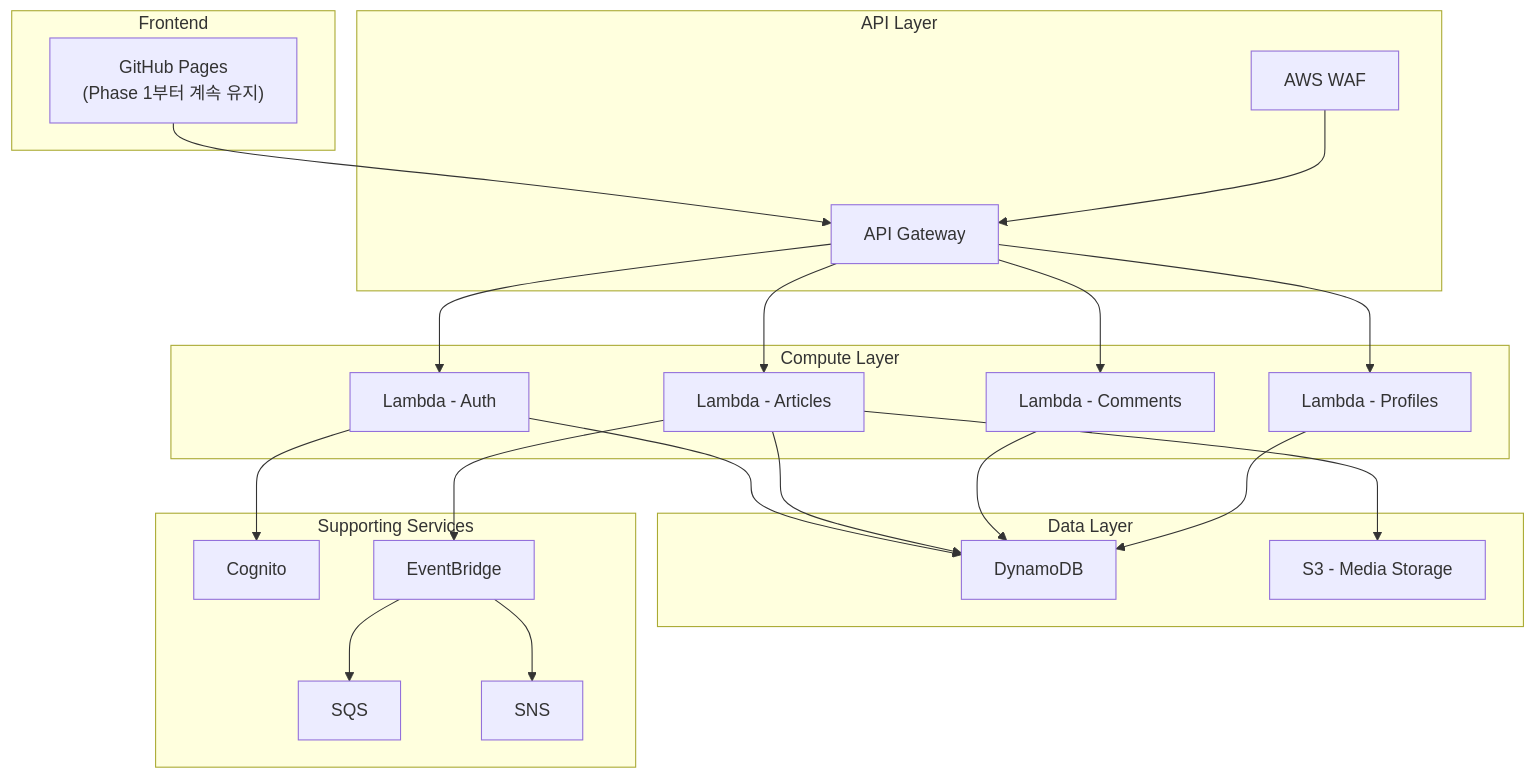
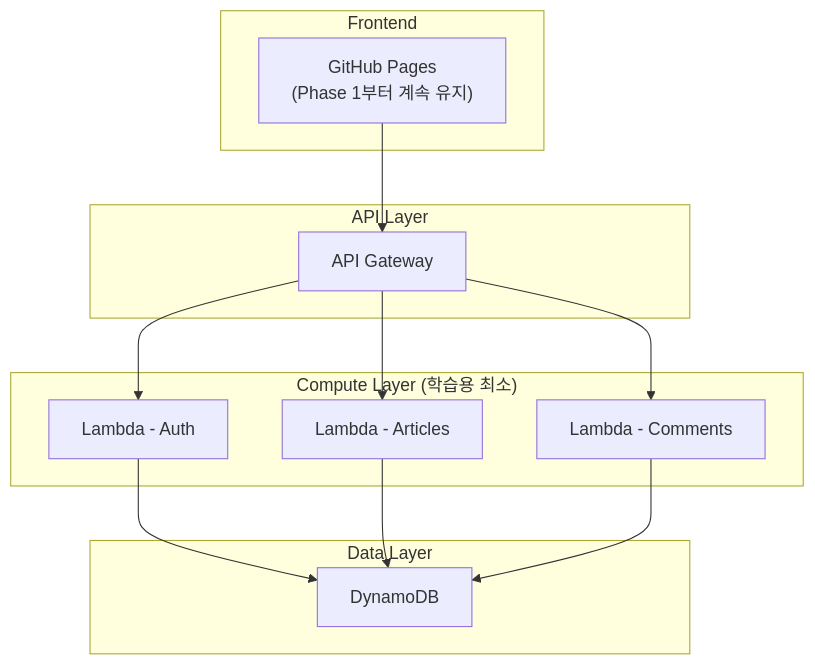
One commit to vibe-coding-paradigm/Realworld-serverless-microservice changed the third of 3 diagrams in docs/migration/PRD.md. Above: the diagram before and after it, drawn with Mermaid. The commit also changed other lines of this file, not shown here.

First line of the commit message:
docs: PRD를 학습용 프로젝트에 최적화하여 전면 개편

````diff
--- a/docs/migration/PRD.md
+++ b/docs/migration/PRD.md
@@ -490,46 +455,28 @@
 ```mermaid
 graph TB
     subgraph "Frontend"
         GHP["GitHub Pages<br/>(Phase 1부터 계속 유지)"]
     end
     
     subgraph "API Layer"
         AG[API Gateway]
-        WAF[AWS WAF]
     end
     
-    subgraph "Compute Layer"
+    subgraph "Compute Layer (학습용 최소)"
         L1[Lambda - Auth]
         L2[Lambda - Articles]
         L3[Lambda - Comments]
-        L4[Lambda - Profiles]
     end
     
     subgraph "Data Layer"
         DDB[DynamoDB]
-        S3D[S3 - Media Storage]
-    end
-    
-    subgraph "Supporting Services"
-        CG[Cognito]
-        SQS[SQS]
-        SNS[SNS]
-        ES[EventBridge]
     end
     
     GHP --> AG
-    WAF --> AG
     AG --> L1
     AG --> L2
     AG --> L3
-    AG --> L4
-    L1 --> CG
     L1 --> DDB
     L2 --> DDB
-    L2 --> S3D
     L3 --> DDB
-    L4 --> DDB
-    L2 --> ES
-    ES --> SQS
-    ES --> SNS
 ```
````
